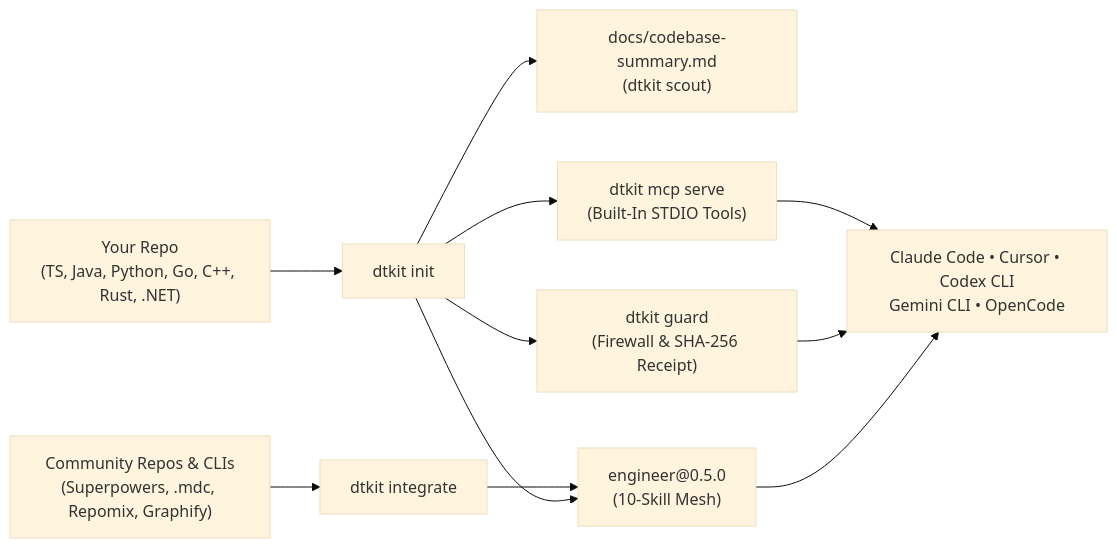
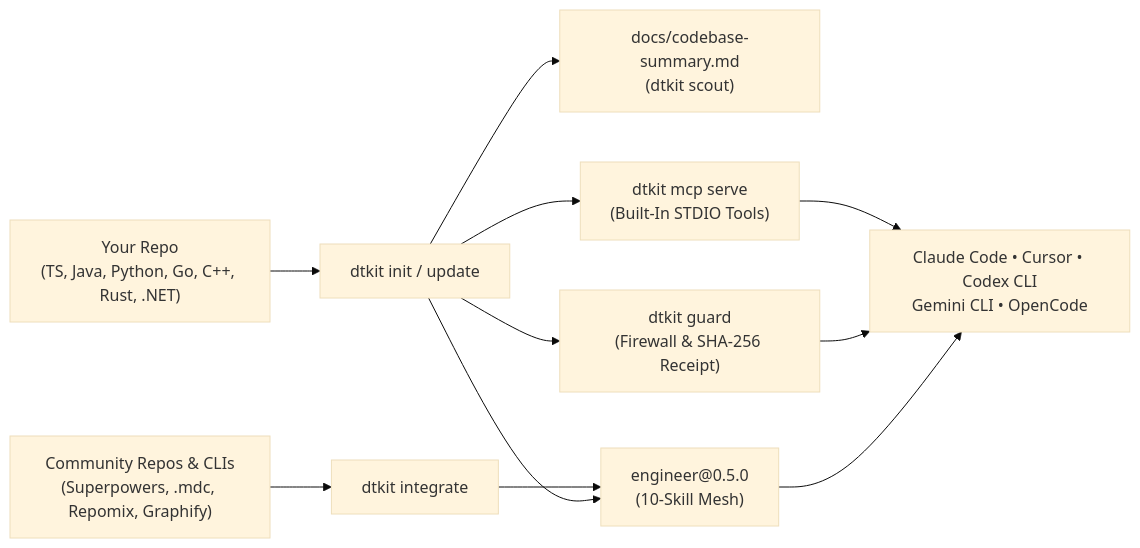
The first of 2 diagrams in README.md (truong-newbie/Agent_Kit_Impl), drawn with Mermaid (base theme) before and after one commit. The commit also changed other lines of this file and 3 other files, not shown here.

````diff
--- a/README.md
+++ b/README.md
@@ -31,13 +44,13 @@
 ```mermaid
 flowchart LR
-    Repo["Your Repo\n(TS, Java, Python, Go, C++, Rust, .NET)"] --> Init["dtkit init"]
+    Repo["Your Repo\n(TS, Java, Python, Go, C++, Rust, .NET)"] --> Init["dtkit init / update"]
     Init --> Scout["docs/codebase-summary.md\n(dtkit scout)"]
     Init --> Kit["engineer@0.5.0\n(10-Skill Mesh)"]
     Init --> Guard["dtkit guard\n(Firewall & SHA-256 Receipt)"]
     Init --> MCP["dtkit mcp serve\n(Built-In STDIO Tools)"]
     Ext["Community Repos & CLIs\n(Superpowers, .mdc, Repomix, Graphify)"] --> Integrate["dtkit integrate"]
     Integrate --> Kit
     Kit --> Agents["Claude Code • Cursor • Codex CLI\nGemini CLI • OpenCode"]
     Guard --> Agents
     MCP --> Agents
 ```
````
